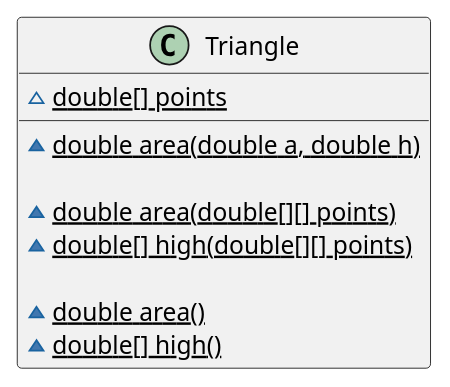
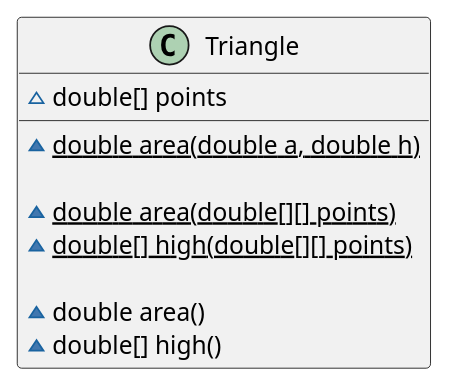
Before and after one commit to glandon/DL4J: the diagram in uml/Triangle.puml, drawn with PlantUML. The commit also changed 1 other file, not shown here.

```diff
--- a/uml/Triangle.puml
+++ b/uml/Triangle.puml
@@ -1,17 +1,17 @@
 @startuml
 
 class Triangle {
-~{static} double[] points
+~double[] points
 
 ~{static} double area(double a, double h)
 
 ~{static} double area(double[][] points)
 ~{static} double[] high(double[][] points)
 
-~{static} double area()
-~{static} double[] high()
+~double area()
+~double[] high()
 
 }
 
 
 @enduml
```
